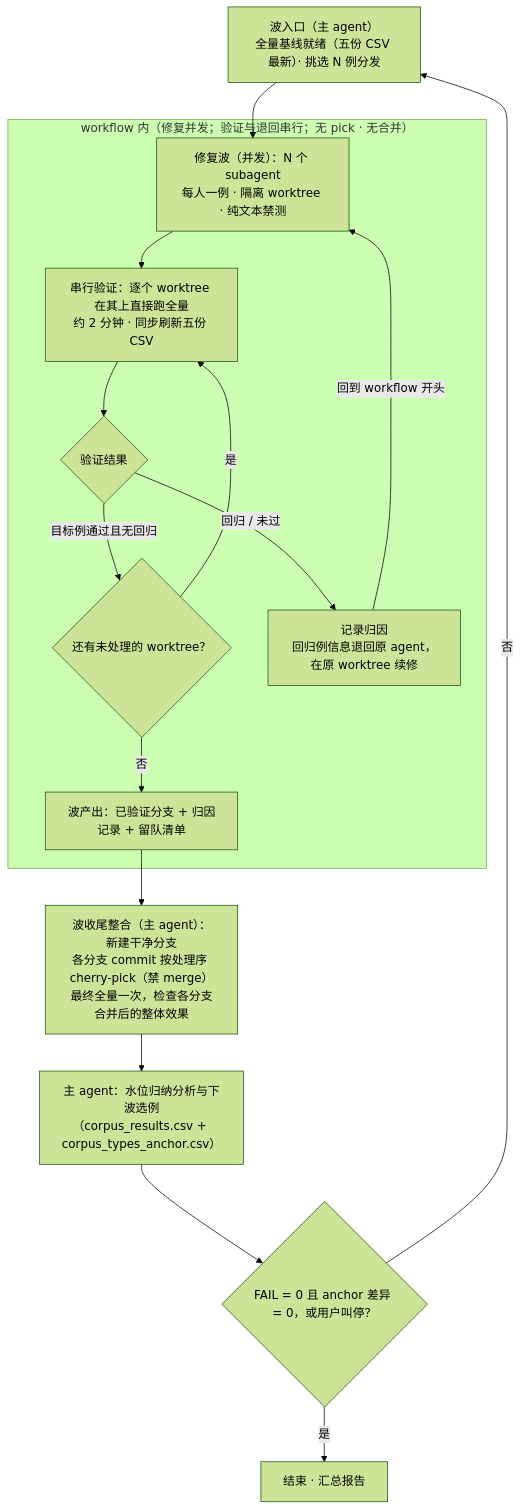
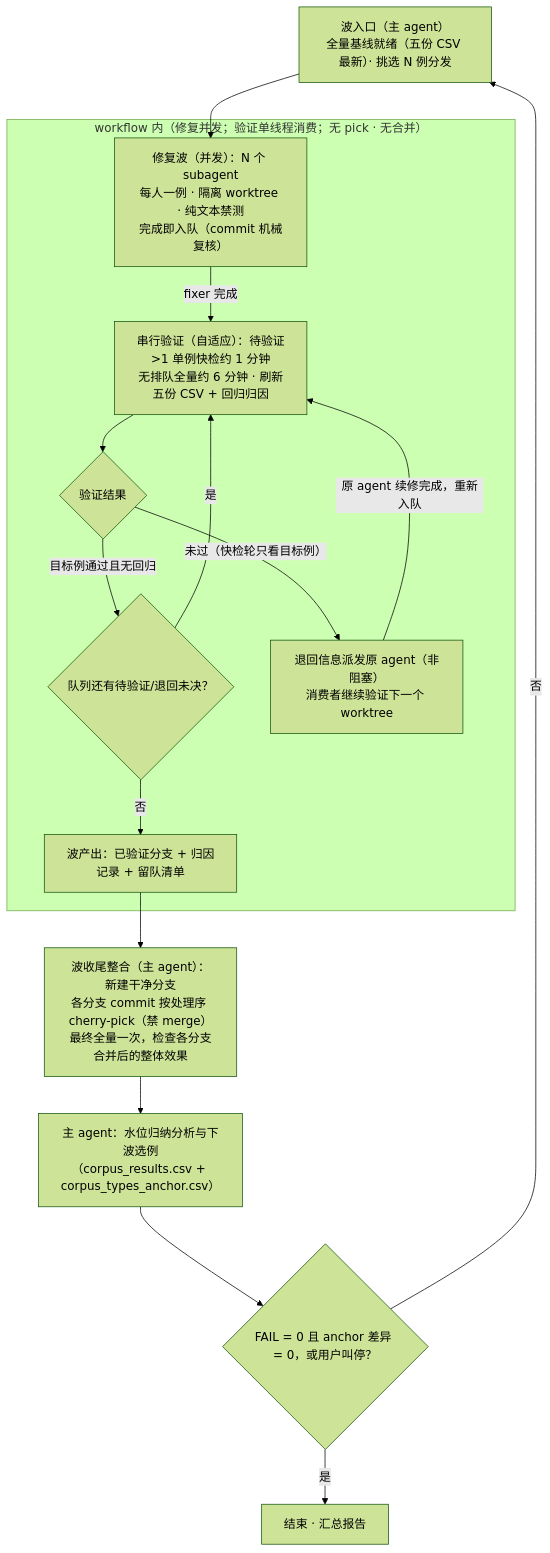
Before and after one commit to idealjs/typescript-rust: the diagram in AGENTS.md, drawn with Mermaid (forest theme). The commit also changed other lines of this file and 9 other files, not shown here.

Commit message:
data+tools: fix36 波收尾快照——水位 952 FAIL/anchor 3836（w13/w11 按两步归因回退），wave_verify 自适应+资源护栏，corpus_one 基线路径修复，AGENTS.md 飞轮协议同步（自适应验证/非阻塞退回/两步归因）

````diff
--- a/AGENTS.md
+++ b/AGENTS.md
@@ -17,21 +17,21 @@
 ```mermaid
 flowchart TD
     START["波入口（主 agent）<br/>全量基线就绪（五份 CSV 最新）· 挑选 N 例分发"]
-    subgraph WFBOX["workflow 内（修复并发；验证与退回串行；无 pick · 无合并）"]
-        WF["修复波（并发）：N 个 subagent<br/>每人一例 · 隔离 worktree · 纯文本禁测"]
-        WF --> VERIFY
-        VERIFY["串行验证：逐个 worktree 在其上直接跑全量<br/>约 2 分钟 · 同步刷新五份 CSV"]
+    subgraph WFBOX["workflow 内（修复并发；验证单线程消费；无 pick · 无合并）"]
+        WF["修复波（并发）：N 个 subagent<br/>每人一例 · 隔离 worktree · 纯文本禁测<br/>完成即入队（commit 机械复核）"]
+        WF -->|"fixer 完成"| VERIFY
+        VERIFY["串行验证（自适应）：待验证>1 单例快检约 1 分钟<br/>无排队全量约 6 分钟 · 刷新五份 CSV + 回归归因"]
         VERIFY --> VERDICT{"验证结果"}
-        VERDICT -->|"目标例通过且无回归"| MORE{"还有未处理的 worktree？"}
-        VERDICT -->|"回归 / 未过"| REG["记录归因<br/>回归例信息退回原 agent，在原 worktree 续修"]
+        VERDICT -->|"目标例通过且无回归"| MORE{"队列还有待验证/退回未决？"}
+        VERDICT -->|"未过（快检轮只看目标例）"| REG["退回信息派发原 agent（非阻塞）<br/>消费者继续验证下一个 worktree"]
         MORE -->|"是"| VERIFY
         MORE -->|"否"| DONE["波产出：已验证分支 + 归因记录 + 留队清单"]
-        REG -->|"回到 workflow 开头"| WF
+        REG -->|"原 agent 续修完成，重新入队"| VERIFY
     end
     START --> WF
     DONE --> INTEG["波收尾整合（主 agent）：新建干净分支<br/>各分支 commit 按处理序 cherry-pick（禁 merge）<br/>最终全量一次，检查各分支合并后的整体效果"]
     INTEG --> ANALYSIS["主 agent：水位归纳分析与下波选例<br/>（corpus_results.csv + corpus_types_anchor.csv）"]
     ANALYSIS --> DECIDE{"FAIL = 0 且 anchor 差异 = 0，或用户叫停？"}
     DECIDE -->|否| START
     DECIDE -->|是| END["结束 · 汇总报告"]
 ```
````
